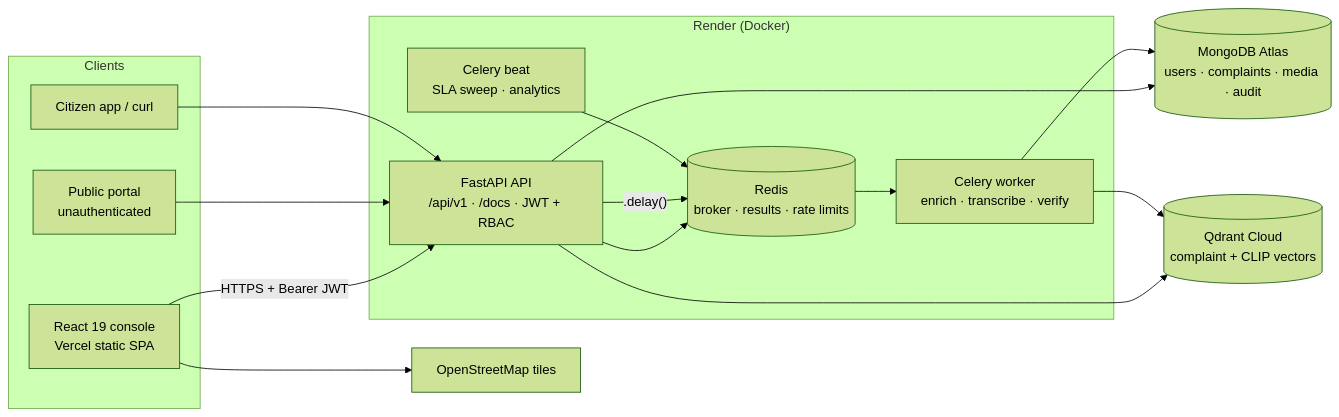
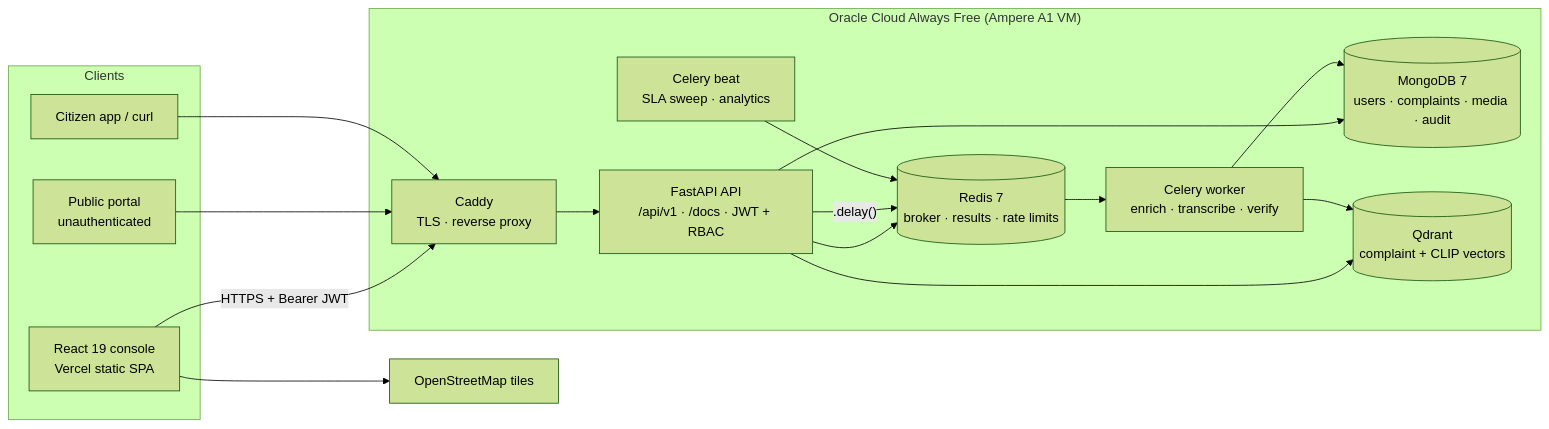
Before and after one commit to nithyaa021/civiclens: the diagram in README.md, drawn with Mermaid (forest theme). The commit also changed other lines of this file and 15 other files, not shown here.

Commit message:
feat: deploy full stack on Oracle Always Free

````diff
--- a/README.md
+++ b/README.md
@@ -144,32 +146,34 @@
 ```mermaid
 flowchart LR
   subgraph Clients["Clients"]
     WEB["React 19 console<br/>Vercel static SPA"]
     PUB["Public portal<br/>unauthenticated"]
     APP["Citizen app / curl"]
   end
 
-  subgraph Render["Render (Docker)"]
+  subgraph Oracle["Oracle Cloud Always Free (Ampere A1 VM)"]
+    CADDY["Caddy<br/>TLS · reverse proxy"]
     API["FastAPI API<br/>/api/v1 · /docs · JWT + RBAC"]
     WORKER["Celery worker<br/>enrich · transcribe · verify"]
     BEAT["Celery beat<br/>SLA sweep · analytics"]
-    REDIS[("Redis<br/>broker · results · rate limits")]
+    MONGO[("MongoDB 7<br/>users · complaints · media · audit")]
+    REDIS[("Redis 7<br/>broker · results · rate limits")]
+    QDRANT[("Qdrant<br/>complaint + CLIP vectors")]
   end
 
-  ATLAS[("MongoDB Atlas<br/>users · complaints · media · audit")]
-  QDRANT[("Qdrant Cloud<br/>complaint + CLIP vectors")]
   TILES["OpenStreetMap tiles"]
 
-  WEB -->|HTTPS + Bearer JWT| API
-  PUB --> API
-  APP --> API
+  WEB -->|HTTPS + Bearer JWT| CADDY
+  PUB --> CADDY
+  APP --> CADDY
   WEB --> TILES
-  API --> ATLAS
+  CADDY --> API
+  API --> MONGO
   API --> REDIS
   API --> QDRANT
   API -->|".delay()"| REDIS
   REDIS --> WORKER
   BEAT --> REDIS
-  WORKER --> ATLAS
+  WORKER --> MONGO
   WORKER --> QDRANT
 ```
````
